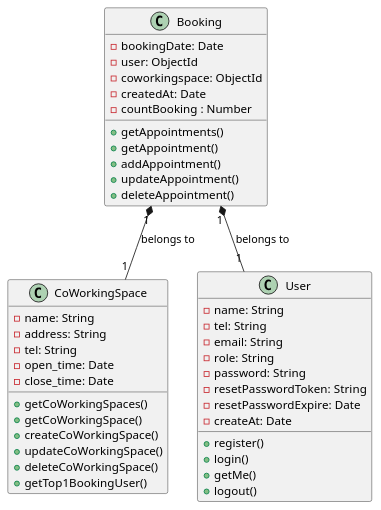
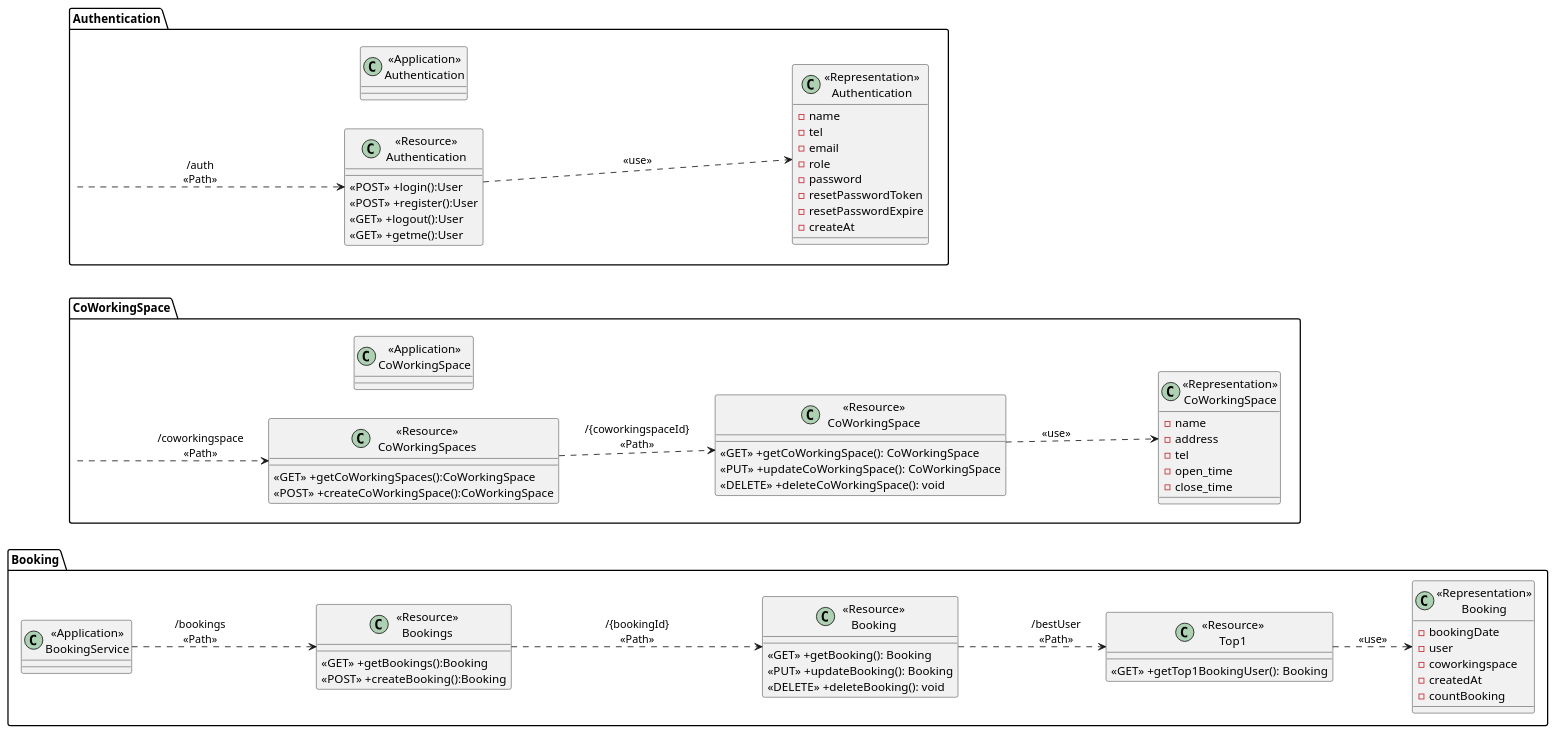
Before and after one commit to 2110503TACEDT66/presentation-day-1-nongearnproject: the diagram in classDiagram.puml, drawn with PlantUML. The commit also changed other lines of this file, not shown here.

Commit message:
new ClassDiagram

```diff
--- a/classDiagram.puml
+++ b/classDiagram.puml
@@ -1,48 +50,89 @@
 @startuml
+left to right direction
+package "Booking"{
+    class "<<Application>>\nBookingService" as BookingService{}
 
-class Booking {
-    - bookingDate: Date
-    - user: ObjectId
-    - coworkingspace: ObjectId
-    - createdAt: Date
-    - countBooking : Number
-    + getAppointments()
-    + getAppointment()
-    + addAppointment()
-    + updateAppointment()
-    + deleteAppointment()
+    class "<<Resource>>\nBookings" as ResourceBookings{
+        <<GET>> +getBookings():Booking
+        <<POST>> +createBooking():Booking
+    }
+
+    class "<<Resource>>\nBooking" as ResourceBooking {
+        <<GET>> +getBooking(): Booking
+        <<PUT>> +updateBooking(): Booking
+        <<DELETE>> +deleteBooking(): void
+    }
+    class "<<Resource>>\nTop1" as SearchTop1BookingUser {
+        <<GET>> +getTop1BookingUser(): Booking
+    }
+
+    class "<<Representation>>\nBooking" as RepresentationBooking {
+        - bookingDate
+        - user
+        - coworkingspace
+        - createdAt
+        - countBooking
+    }
+
 }
 
-class CoWorkingSpace {
-    - name: String
-    - address: String
-    - tel: String
-    - open_time: Date
-    - close_time: Date
-    + getCoWorkingSpaces()
-    + getCoWorkingSpace()
-    + createCoWorkingSpace()
-    + updateCoWorkingSpace()
-    + deleteCoWorkingSpace()
-    + getTop1BookingUser()
+package "CoWorkingSpace"{
+    class "<<Application>>\nCoWorkingSpace" as CoWorkingSpace{}
+
+    class "<<Resource>>\nCoWorkingSpaces" as ResourceCoWorkingSpaces{
+        <<GET>> +getCoWorkingSpaces():CoWorkingSpace
+        <<POST>> +createCoWorkingSpace():CoWorkingSpace
+    }
+
+    class "<<Resource>>\nCoWorkingSpace" as ResourceCoWorkingSpace {
+        <<GET>> +getCoWorkingSpace(): CoWorkingSpace
+        <<PUT>> +updateCoWorkingSpace(): CoWorkingSpace
+        <<DELETE>> +deleteCoWorkingSpace(): void
+    }
+
+    class "<<Representation>>\nCoWorkingSpace" as RepresentationCoWorkingSpace {
+        - name
+        - address
+        - tel
+        - open_time
+        - close_time
+    }
+
 }
 
-class User {
-    - name: String
-    - tel: String
-    - email: String
-    - role: String
-    - password: String
-    - resetPasswordToken: String
-    - resetPasswordExpire: Date
-    - createAt: Date
-    + register()
-    + login()
-    + getMe()
-    + logout()
+package "Authentication"{
+    class "<<Application>>\nAuthentication" as Authentication{}
+
+    class "<<Resource>>\nAuthentication" as ResourceAuthentication{
+        <<POST>> +login():User
+        <<POST>> +register():User
+        <<GET>> +logout():User
+        <<GET>> +getme():User
+    }
+
+
+    class "<<Representation>>\nAuthentication" as RepresentationAuthentication {
+        - name
+        - tel
+        - email
+        - role
+        - password
+        - resetPasswordToken
+        - resetPasswordExpire
+        - createAt
+    }
+
 }
 
-Booking "1" *-- "1" CoWorkingSpace : belongs to
-Booking "1" *-- "1" User : belongs to
+BookingService ..> ResourceBookings:"/bookings\n<<Path>>"
+ResourceBookings ..> ResourceBooking: "/{bookingId}\n<<Path>>"
+ResourceBooking ..> SearchTop1BookingUser: "/bestUser\n<<Path>>"
+SearchTop1BookingUser ..> RepresentationBooking: "<<use>>"
 
+CoWorkingSpace ..> ResourceCoWorkingSpaces:"/coworkingspace\n<<Path>>"
+ResourceCoWorkingSpaces ..> ResourceCoWorkingSpace: "/{coworkingspaceId}\n<<Path>>"
+ResourceCoWorkingSpace ..> RepresentationCoWorkingSpace: "<<use>>"
+
+Authentication ..> ResourceAuthentication:"/auth\n<<Path>>"
+ResourceAuthentication ..> RepresentationAuthentication: "<<use>>"
 @enduml
```
